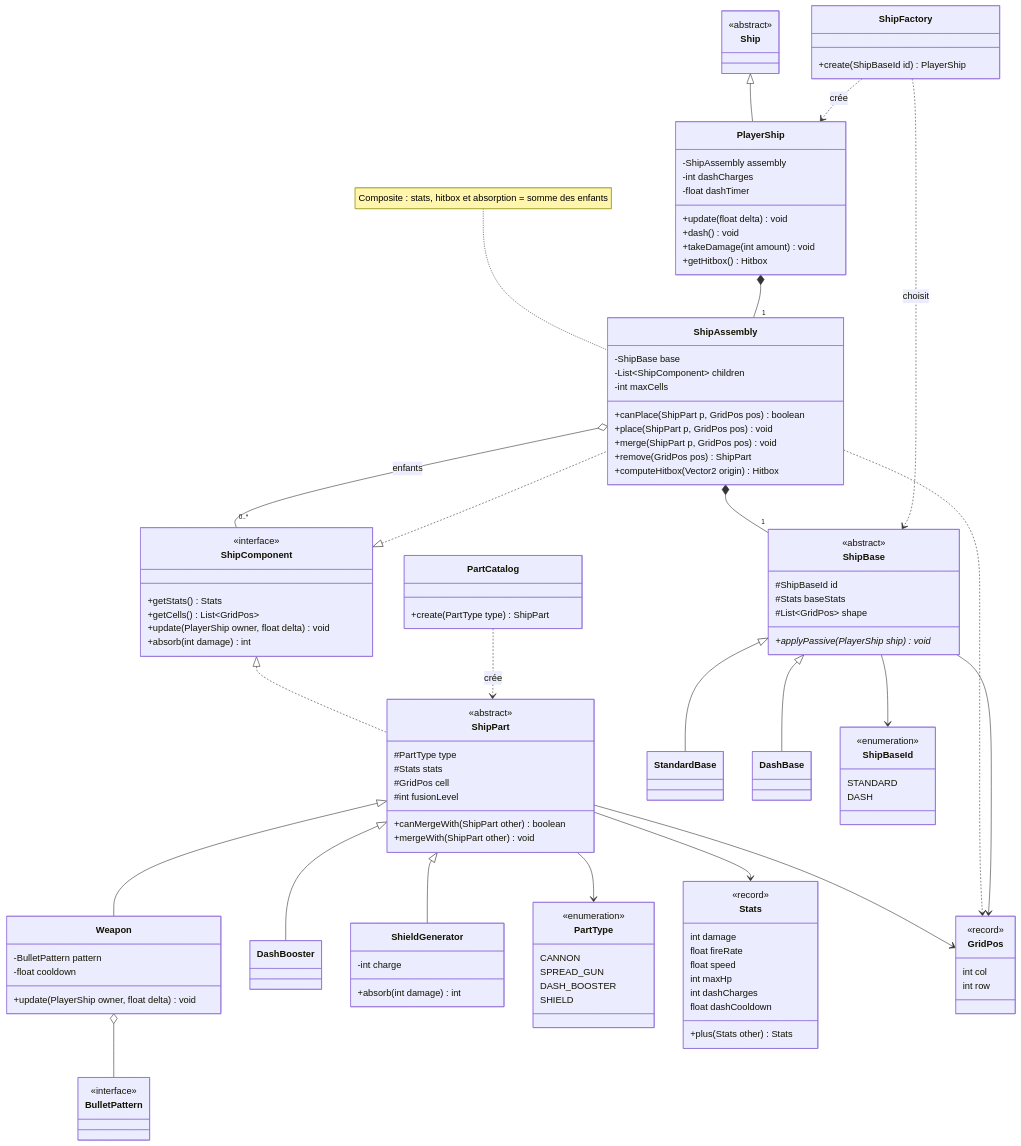
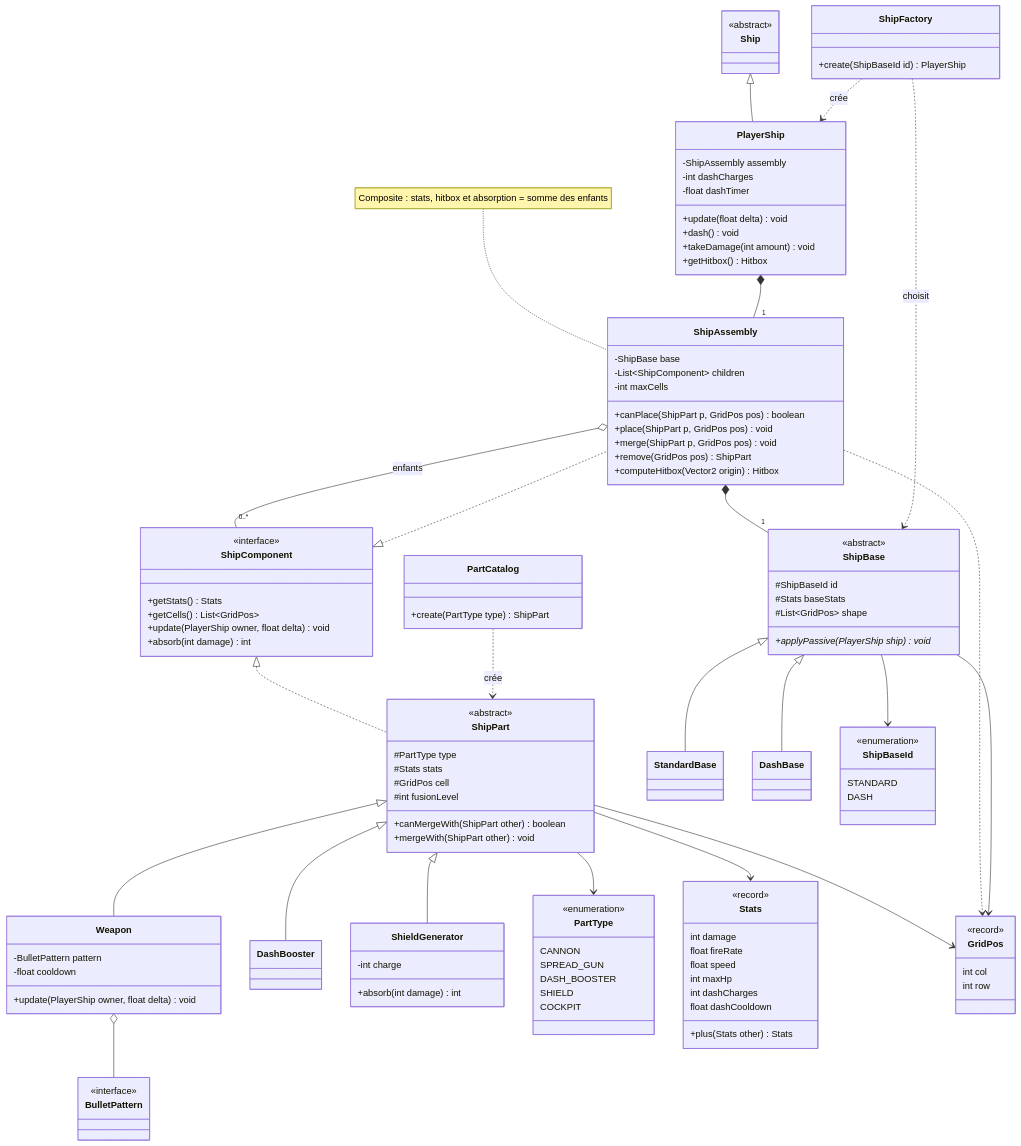
Before and after one commit to Bisiaux-dev/public-vault: the sixth of 11 diagrams in content/2D-Game/ideas/pierre/Bullet hell roguelike - UML.md, drawn with Mermaid. The commit also changed other lines of this file and 6 other files, not shown here.

```diff
--- a/content/2D-Game/ideas/pierre/Bullet hell roguelike - UML.md
+++ b/content/2D-Game/ideas/pierre/Bullet hell roguelike - UML.md
@@ -382,6 +382,7 @@
         SPREAD_GUN
         DASH_BOOSTER
         SHIELD
+        COCKPIT
     }
     class Stats {
         <<record>>
```
